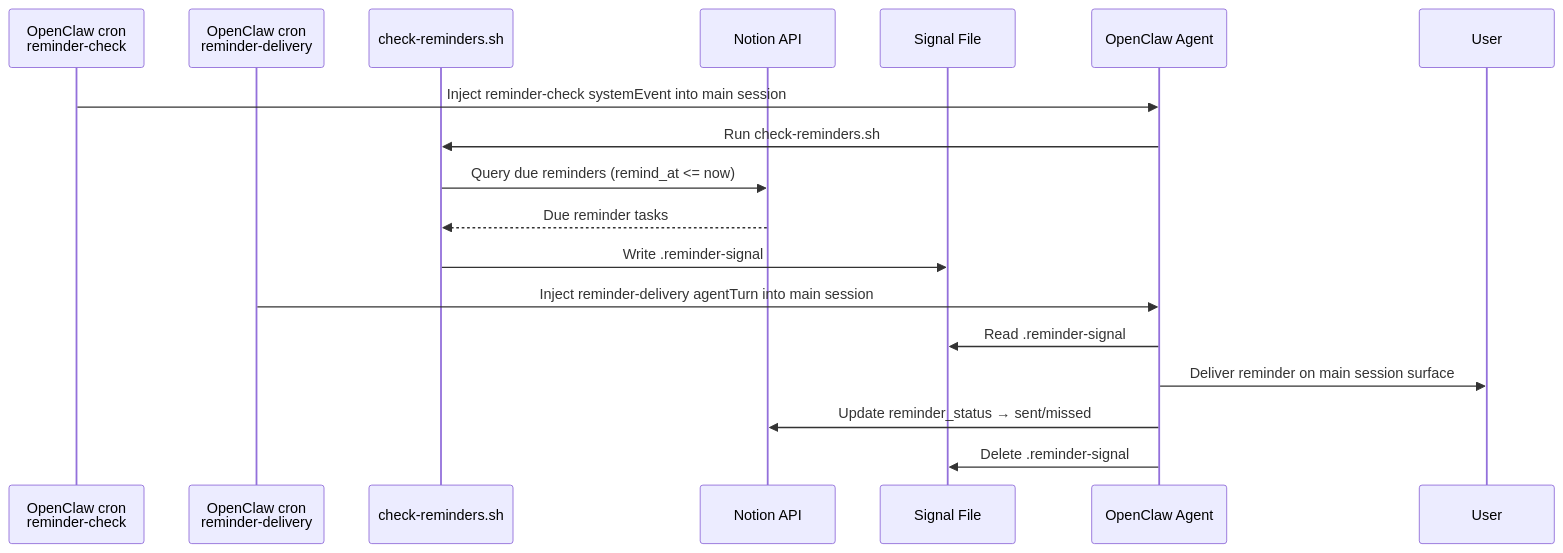
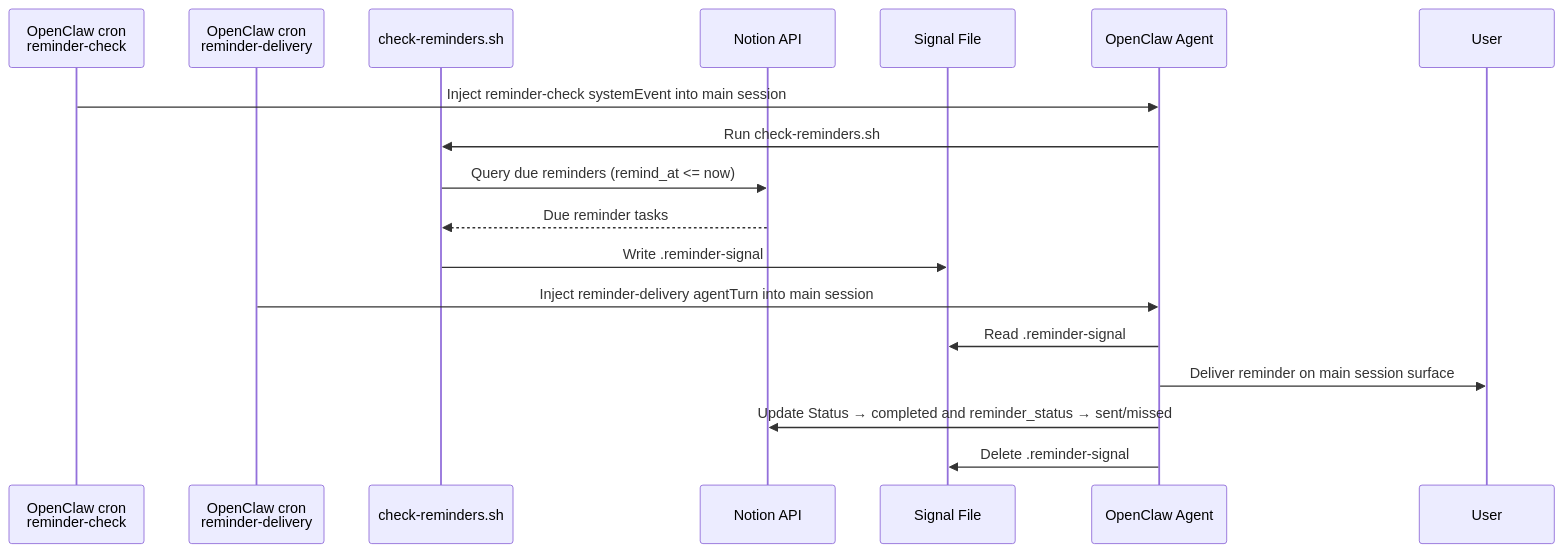
One commit to NickBorgersProbably/hide-my-list changed diagram 22 of 28 in docs/user-interactions.md. Above: the diagram before and after it, drawn with Mermaid. The commit also changed other lines of this file and 7 other files, not shown here.

````diff
--- a/docs/user-interactions.md
+++ b/docs/user-interactions.md
@@ -757,21 +757,21 @@
 ```mermaid
 sequenceDiagram
     participant CheckCron as OpenClaw cron<br/>reminder-check
     participant DeliverCron as OpenClaw cron<br/>reminder-delivery
     participant Scr as check-reminders.sh
     participant Notion as Notion API
     participant Signal as Signal File
     participant Agent as OpenClaw Agent
     participant User
 
     CheckCron->>Agent: Inject reminder-check systemEvent into main session
     Agent->>Scr: Run check-reminders.sh
     Scr->>Notion: Query due reminders (remind_at <= now)
     Notion-->>Scr: Due reminder tasks
     Scr->>Signal: Write .reminder-signal
     DeliverCron->>Agent: Inject reminder-delivery agentTurn into main session
     Agent->>Signal: Read .reminder-signal
     Agent->>User: Deliver reminder on main session surface
-    Agent->>Notion: Update reminder_status → sent/missed
+    Agent->>Notion: Update Status → completed and reminder_status → sent/missed
     Agent->>Signal: Delete .reminder-signal
 ```
````
